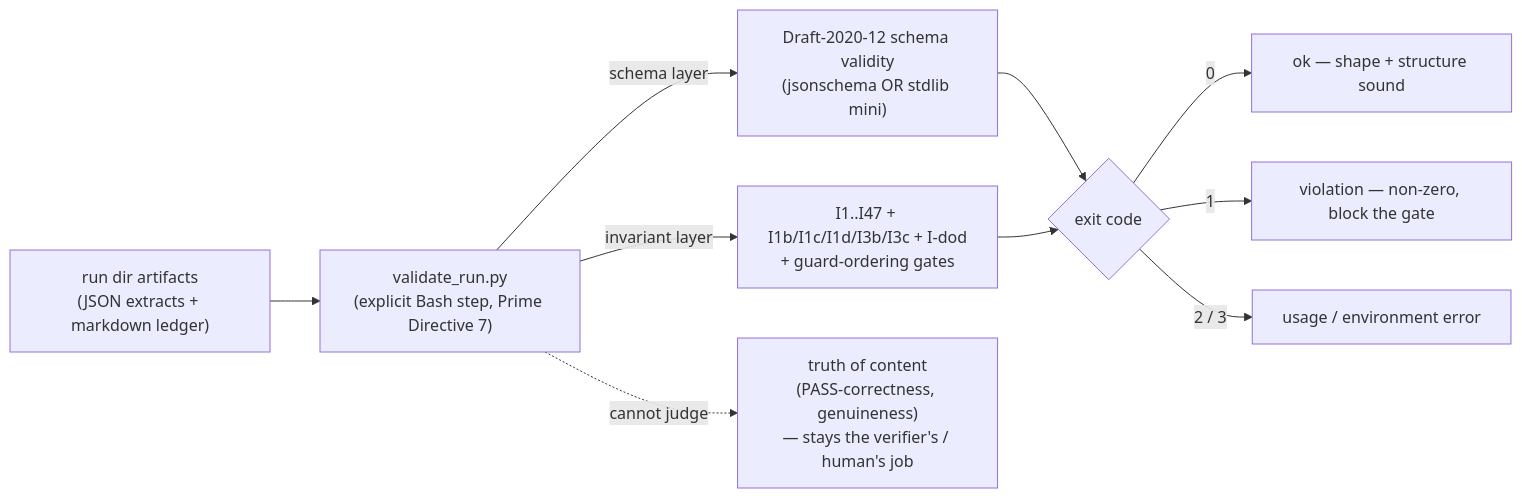
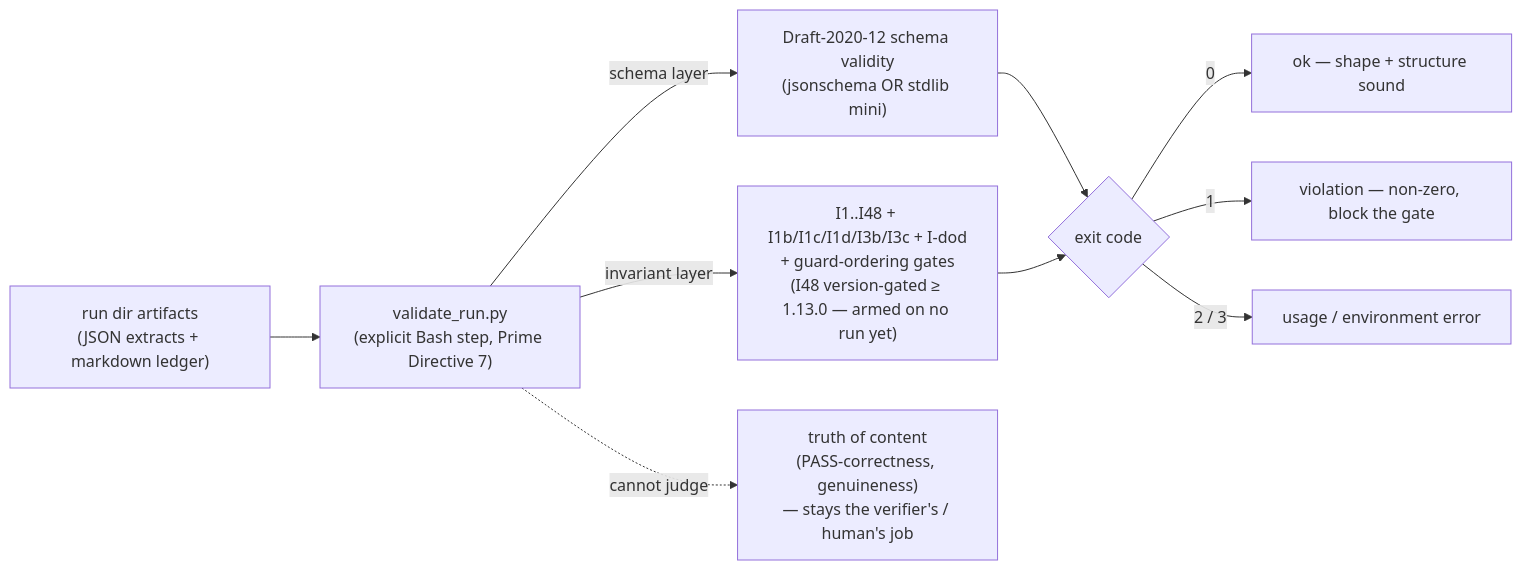
One commit to wtp128pro/dag changed the diagram in wiki/14-validator-and-invariants.md. Above: the diagram before and after it, drawn with Mermaid. The commit also changed other lines of this file and 11 other files, not shown here.

````diff
--- a/wiki/14-validator-and-invariants.md
+++ b/wiki/14-validator-and-invariants.md
@@ -60,12 +72,12 @@
 ```mermaid
 flowchart LR
   ART["run dir artifacts<br/>(JSON extracts + markdown ledger)"] --> V["validate_run.py<br/>(explicit Bash step, Prime Directive 7)"]
   V -->|"schema layer"| S["Draft-2020-12 schema validity<br/>(jsonschema OR stdlib mini)"]
-  V -->|"invariant layer"| I["I1..I47 + I1b/I1c/I1d/I3b/I3c + I-dod<br/>+ guard-ordering gates"]
+  V -->|"invariant layer"| I["I1..I48 + I1b/I1c/I1d/I3b/I3c + I-dod<br/>+ guard-ordering gates<br/>(I48 version-gated ≥ 1.13.0 — armed on no run yet)"]
   S --> EX{"exit code"}
   I --> EX
   EX -->|0| OK["ok — shape + structure sound"]
   EX -->|"1"| BAD["violation — non-zero, block the gate"]
   EX -->|"2 / 3"| ENV["usage / environment error"]
   V -. "cannot judge" .-> TRUTH["truth of content<br/>(PASS-correctness, genuineness)<br/>— stays the verifier's / human's job"]
 ```
````
